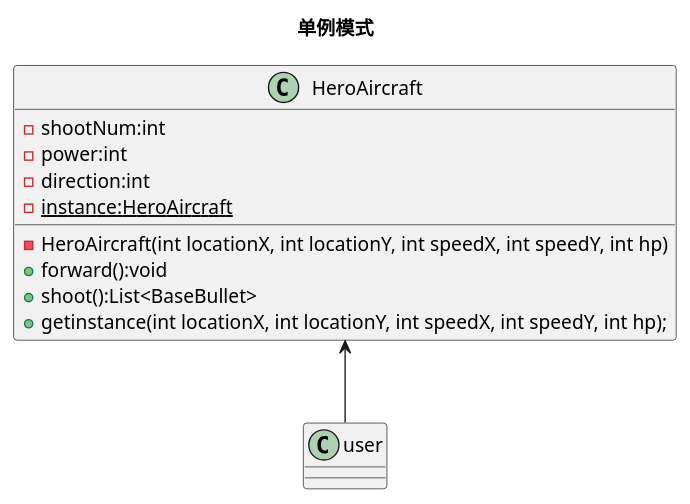
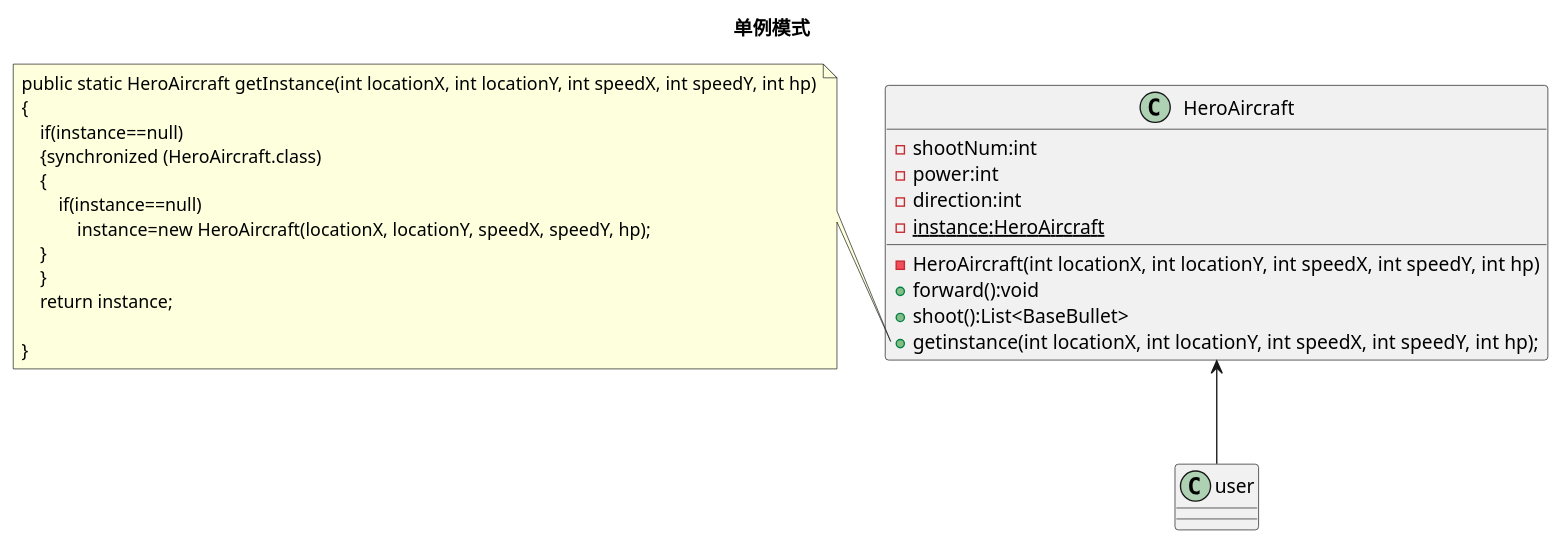
The diagram in uml/singleton.puml (jangyicheng/Java-wargame), drawn with PlantUML before and after one commit. The commit also changed 14 other files, not shown here.

```diff
--- a/uml/singleton.puml
+++ b/uml/singleton.puml
@@ -1,22 +1,35 @@
 @startuml
 'https://plantuml.com/class-diagram
 title 单例模式
 class HeroAircraft {
     - shootNum:int
     - power:int
     - direction:int
     -{static}instance:HeroAircraft
     - HeroAircraft(int locationX, int locationY, int speedX, int speedY, int hp)
     + forward():void
     + shoot():List<BaseBullet>
     +getinstance(int locationX, int locationY, int speedX, int speedY, int hp);
 }
 class user
 {
 }
+note left of HeroAircraft::getinstance
+    public  static HeroAircraft getInstance(int locationX, int locationY, int speedX, int speedY, int hp)
+    {
+        if(instance==null)
+        {synchronized (HeroAircraft.class)
+        {
+            if(instance==null)
+                instance=new HeroAircraft(locationX, locationY, speedX, speedY, hp);
+        }
+        }
+        return instance;
 
+    }
+end note
 
 
 
 HeroAircraft<-- user
 @enduml
```
